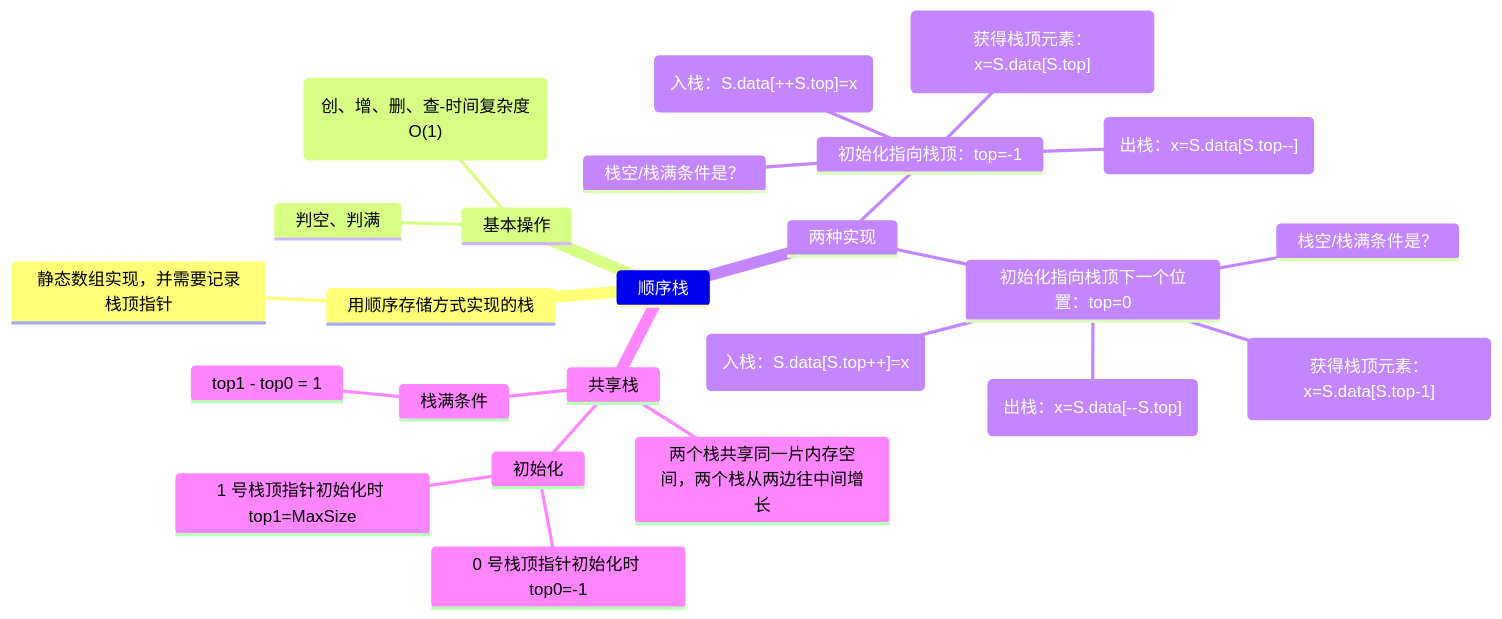
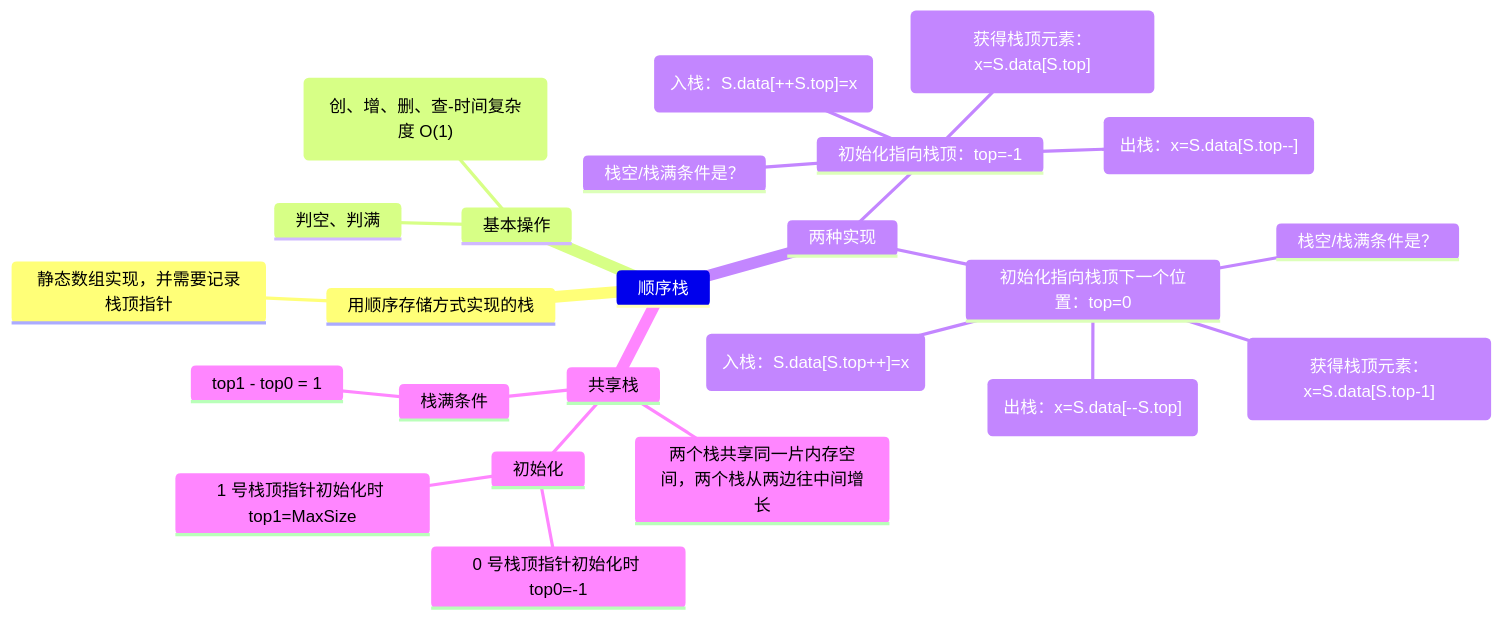
One commit to novpath/Data-Structure changed diagram 25 of 26 in 数据结构.md. Above: the diagram before and after it, drawn with Mermaid. The commit also changed other lines of this file, not shown here.

````diff
--- a/数据结构.md
+++ b/数据结构.md
@@ -6595,27 +6595,27 @@
 ```mermaid
 mindmap
     顺序栈
         用顺序存储方式实现的栈
             静态数组实现，并需要记录栈顶指针
         基本操作
-            ("创、增、删、查-时间复杂度O(1)")
+            ("创、增、删、查-时间复杂度 O(1)")
             判空、判满
         两种实现
             初始化指向栈顶：top=-1
                 ("入栈：S.data[++S.top]=x")
                 ("出栈：x=S.data[S.top--]")
                 ("获得栈顶元素：x=S.data[S.top]")
                 栈空/栈满条件是？
             初始化指向栈顶下一个位置：top=0
                 ("入栈：S.data[S.top++]=x")
                 ("出栈：x=S.data[--S.top]")
                 ("获得栈顶元素：x=S.data[S.top-1]")
                 栈空/栈满条件是？
         共享栈
             两个栈共享同一片内存空间，两个栈从两边往中间增长
             初始化
                 0 号栈顶指针初始化时 top0=-1
                 1 号栈顶指针初始化时 top1=MaxSize
             栈满条件
                 top1 - top0 = 1
 ```
````
